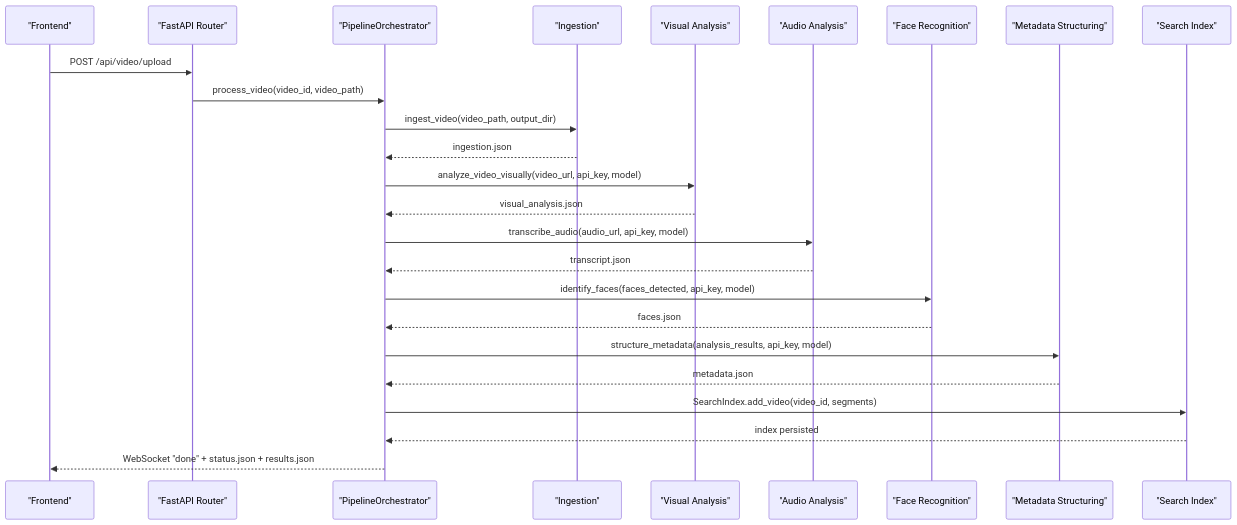
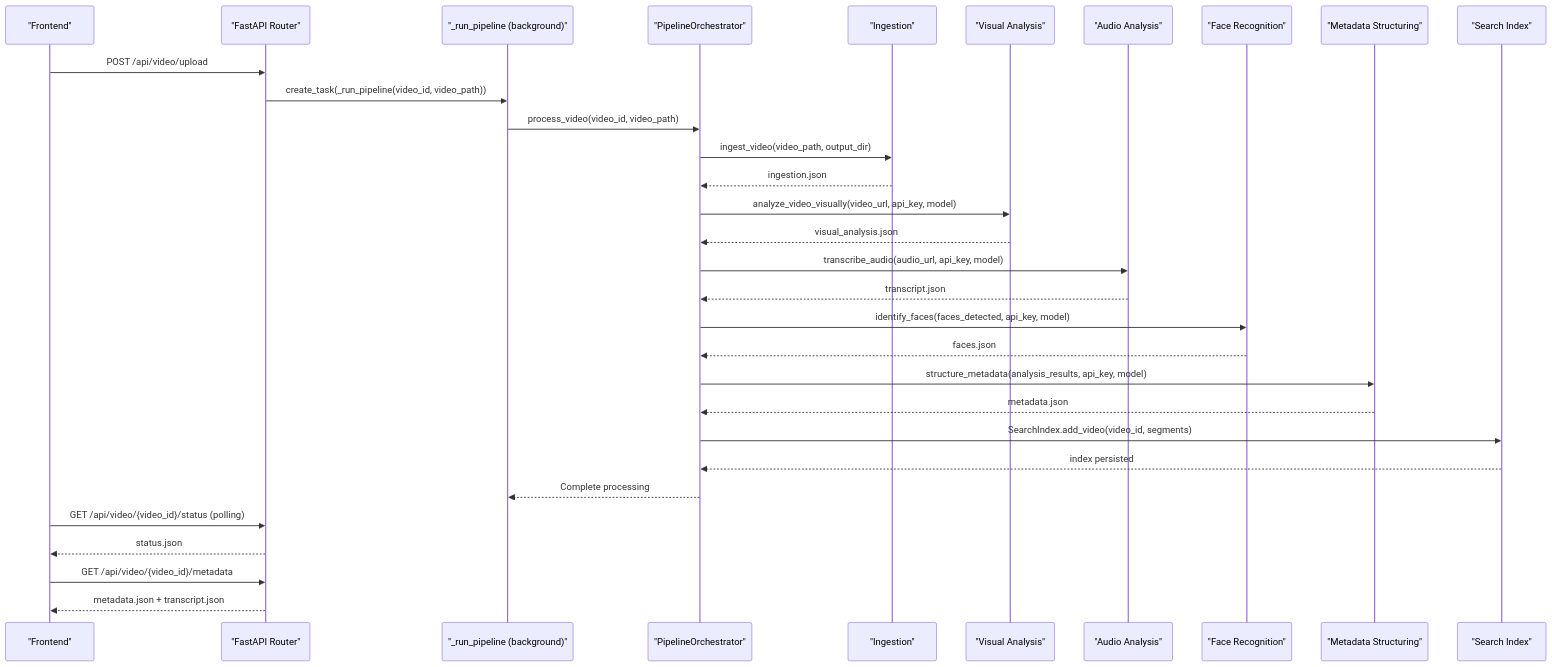
Before and after one commit to alexandreybasta-cyber/dubai-media-ai: the second of 5 diagrams in .qoder/repowiki/en/content/Media Processing Pipeline/Media Processing Pipeline.md, drawn with Mermaid. The commit also changed other lines of this file and 19 other files, not shown here.

````diff
--- a/.qoder/repowiki/en/content/Media Processing Pipeline/Media Processing Pipeline.md
+++ b/.qoder/repowiki/en/content/Media Processing Pipeline/Media Processing Pipeline.md
@@ -134,27 +138,33 @@
 ```mermaid
 sequenceDiagram
 participant FE as "Frontend"
 participant API as "FastAPI Router"
+participant TASK as "_run_pipeline (background)"
 participant ORCH as "PipelineOrchestrator"
 participant ST1 as "Ingestion"
 participant ST2 as "Visual Analysis"
 participant ST3 as "Audio Analysis"
 participant ST4 as "Face Recognition"
 participant ST5 as "Metadata Structuring"
 participant ST6 as "Search Index"
 FE->>API : POST /api/video/upload
-API->>ORCH : process_video(video_id, video_path)
+API->>TASK : create_task(_run_pipeline(video_id, video_path))
+TASK->>ORCH : process_video(video_id, video_path)
 ORCH->>ST1 : ingest_video(video_path, output_dir)
 ST1-->>ORCH : ingestion.json
 ORCH->>ST2 : analyze_video_visually(video_url, api_key, model)
 ST2-->>ORCH : visual_analysis.json
 ORCH->>ST3 : transcribe_audio(audio_url, api_key, model)
 ST3-->>ORCH : transcript.json
 ORCH->>ST4 : identify_faces(faces_detected, api_key, model)
 ST4-->>ORCH : faces.json
 ORCH->>ST5 : structure_metadata(analysis_results, api_key, model)
 ST5-->>ORCH : metadata.json
 ORCH->>ST6 : SearchIndex.add_video(video_id, segments)
 ST6-->>ORCH : index persisted
-ORCH-->>FE : WebSocket "done" + status.json + results.json
+ORCH-->>TASK : Complete processing
+FE->>API : GET /api/video/{video_id}/status (polling)
+API-->>FE : status.json
+FE->>API : GET /api/video/{video_id}/metadata
+API-->>FE : metadata.json + transcript.json
 ```
````
